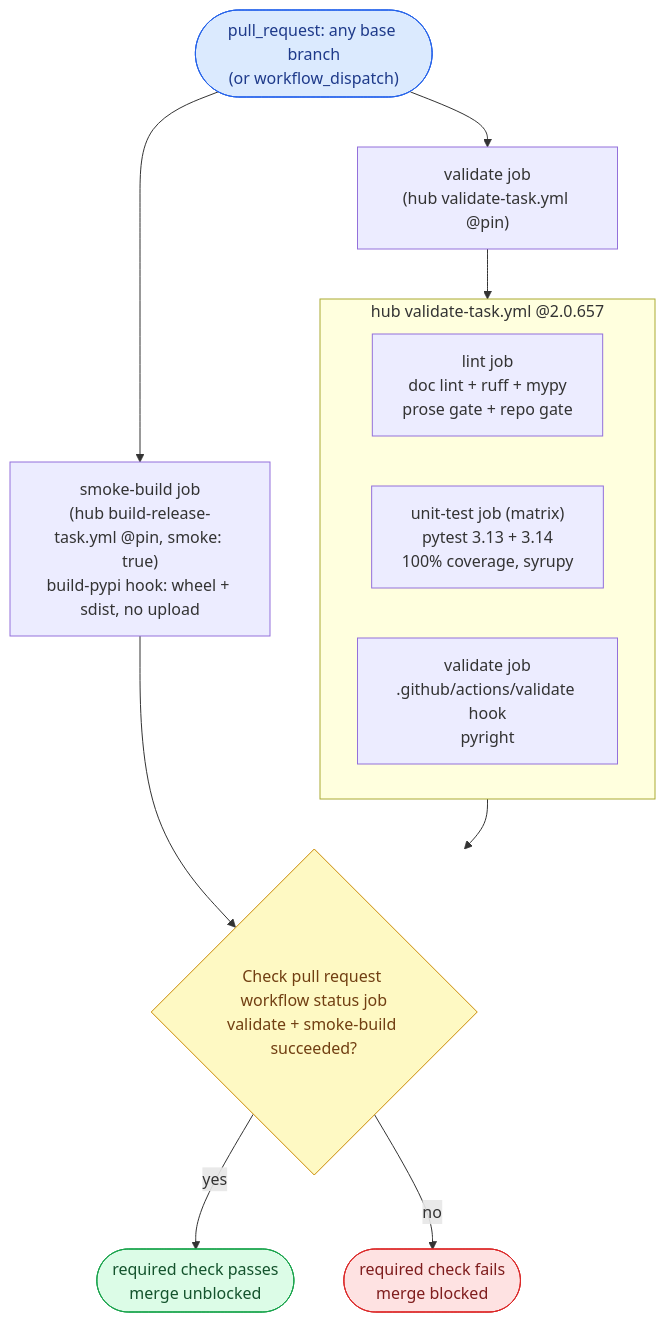
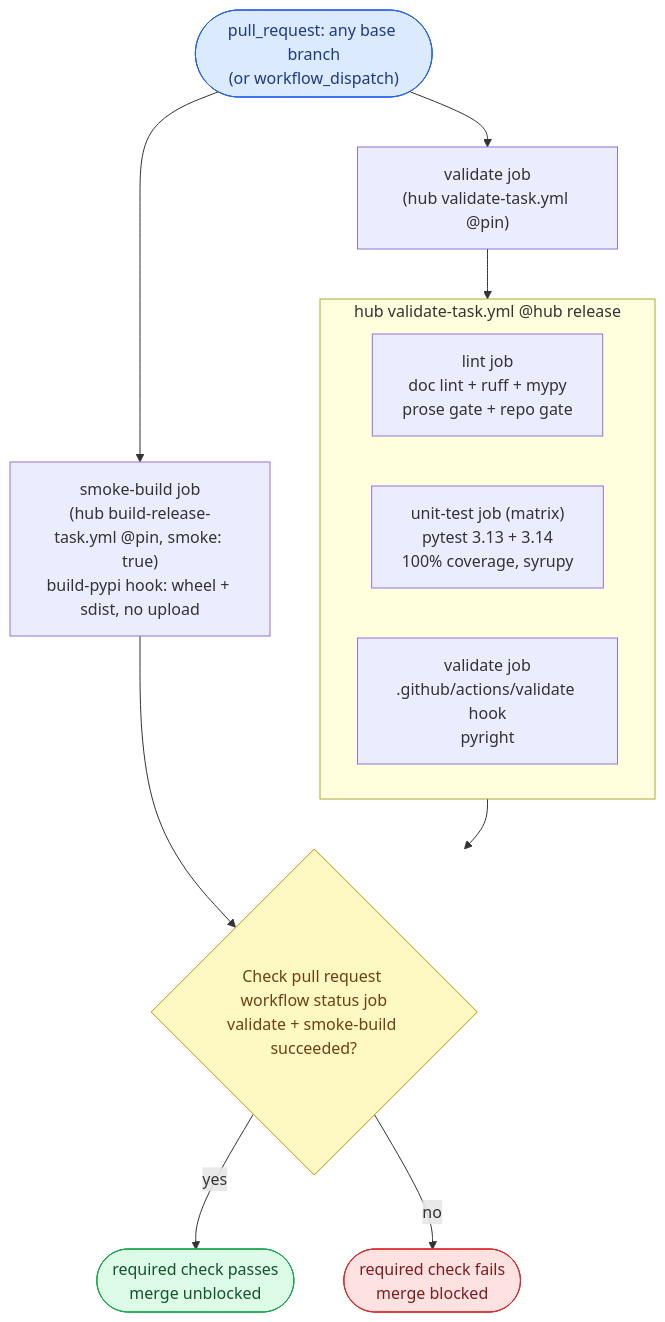
One commit to ptr727/aiopurpleair changed the first of 3 diagrams in WORKFLOW.md. Above: the diagram before and after it, drawn with Mermaid. The commit also changed other lines of this file, not shown here.

First line of the commit message:
Name Hub Pins by Mechanism Rather Than Release Number

````diff
--- a/WORKFLOW.md
+++ b/WORKFLOW.md
@@ -112,20 +112,20 @@
 ```mermaid
 flowchart TD
     T(["pull_request: any base branch<br/>(or workflow_dispatch)"]):::trig
     T --> V["validate job<br/>(hub validate-task.yml @pin)"]
     T --> SB["smoke-build job<br/>(hub build-release-task.yml @pin, smoke: true)<br/>build-pypi hook: wheel + sdist, no upload"]
-    subgraph VT ["hub validate-task.yml @2.0.657"]
+    subgraph VT ["hub validate-task.yml @hub release"]
         LN["lint job<br/>doc lint + ruff + mypy<br/>prose gate + repo gate"]
         TS["unit-test job (matrix)<br/>pytest 3.13 + 3.14<br/>100% coverage, syrupy"]
         VH["validate job<br/>.github/actions/validate hook<br/>pyright"]
     end
     V --> VT
     VT --> A{"Check pull request workflow status job<br/>validate + smoke-build succeeded?"}:::gate
     SB --> A
     A -- "yes" --> G(["required check passes<br/>merge unblocked"]):::pub
     A -- "no" --> R(["required check fails<br/>merge blocked"]):::stop
     classDef trig fill:#dbeafe,stroke:#2563eb,color:#1e3a8a
     classDef gate fill:#fef9c3,stroke:#ca8a04,color:#713f12
     classDef pub fill:#dcfce7,stroke:#16a34a,color:#14532d
     classDef stop fill:#fee2e2,stroke:#dc2626,color:#7f1d1d
 ```
````
